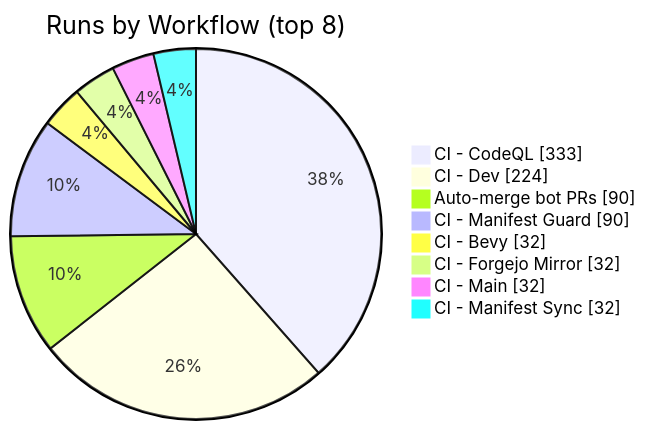
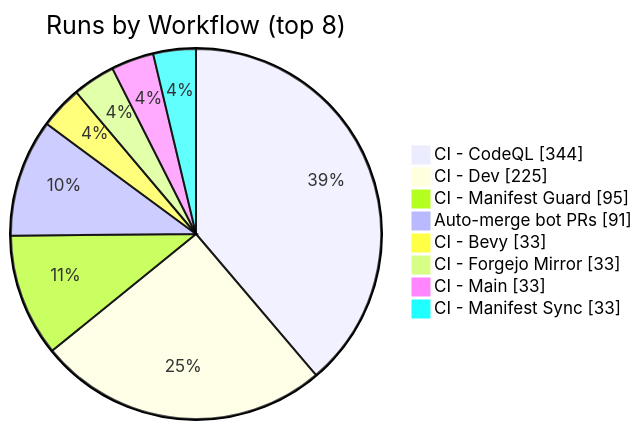
Before and after one commit to KBVE/kbve: the second of 2 diagrams in apps/kbve/astro-kbve/src/content/docs/dashboard/ci-health.mdx, drawn with Mermaid. The commit also changed other lines of this file and 1 other file, not shown here.

````diff
--- a/apps/kbve/astro-kbve/src/content/docs/dashboard/ci-health.mdx
+++ b/apps/kbve/astro-kbve/src/content/docs/dashboard/ci-health.mdx
@@ -200,12 +200,12 @@
 ```mermaid
 pie showData
     title Runs by Workflow (top 8)
-    "CI - CodeQL" : 333
-    "CI - Dev" : 224
-    "Auto-merge bot PRs" : 90
-    "CI - Manifest Guard" : 90
-    "CI - Bevy" : 32
-    "CI - Forgejo Mirror" : 32
-    "CI - Main" : 32
-    "CI - Manifest Sync" : 32
+    "CI - CodeQL" : 344
+    "CI - Dev" : 225
+    "CI - Manifest Guard" : 95
+    "Auto-merge bot PRs" : 91
+    "CI - Bevy" : 33
+    "CI - Forgejo Mirror" : 33
+    "CI - Main" : 33
+    "CI - Manifest Sync" : 33
 ```
````
